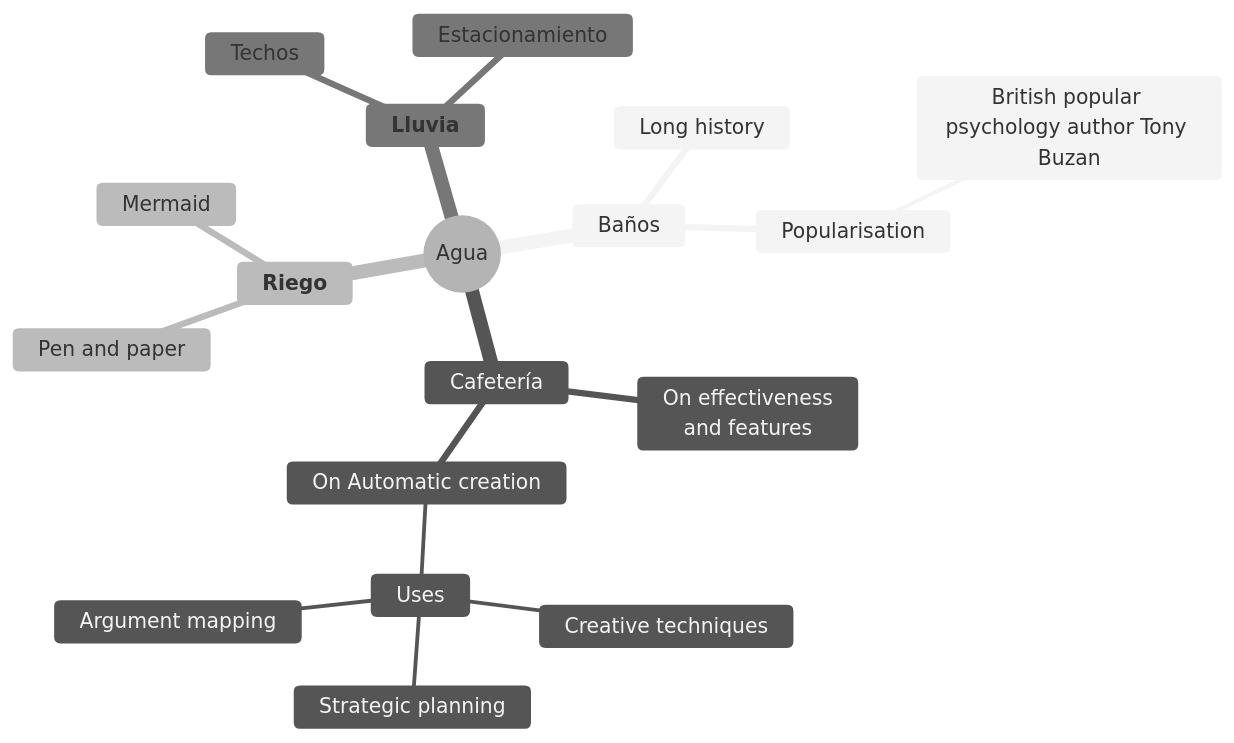
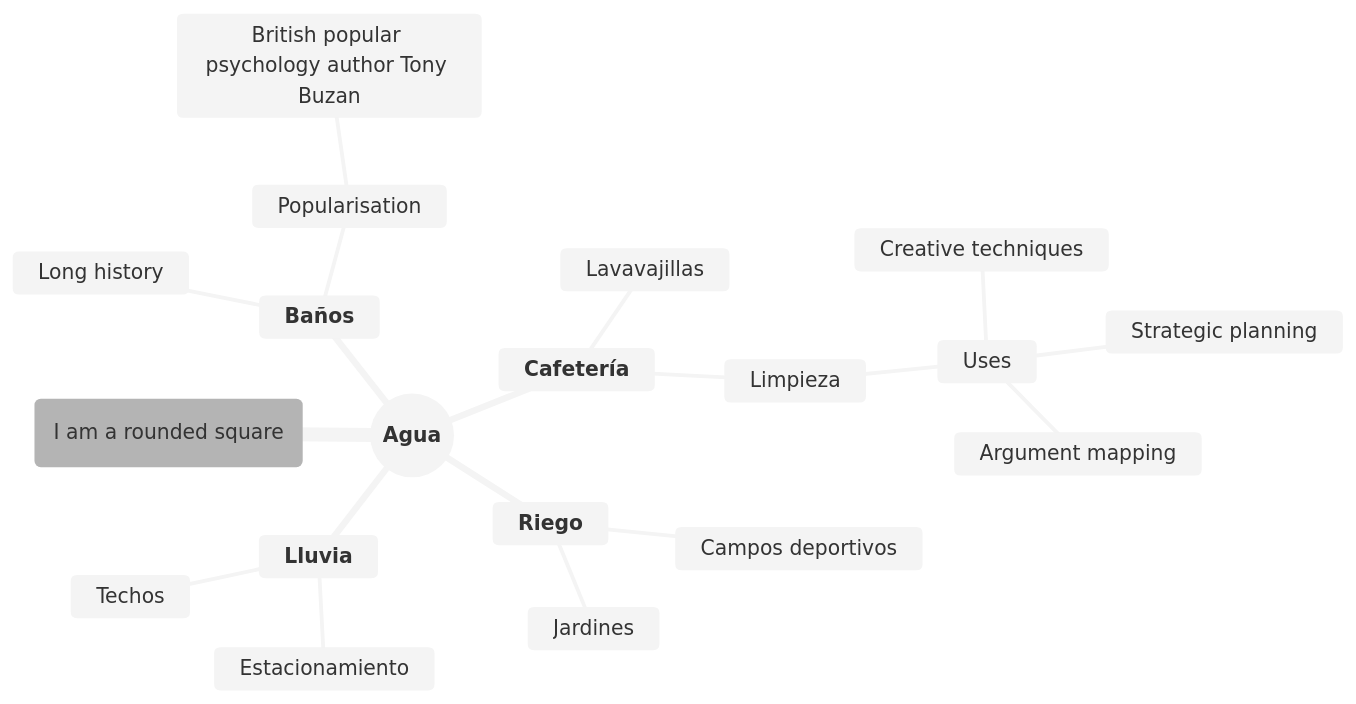
One commit to Aristarco/Pry_ingenieria changed the diagram in docs/semana1.md. Above: the diagram before and after it, drawn with Mermaid (neutral theme).

````diff
--- a/docs/semana1.md
+++ b/docs/semana1.md
@@ -22,23 +22,25 @@
 ``` mermaid
 
 mindmap
-  root((Agua))
-    Baños
+id(I am a rounded square)
+
+  root((**Agua**))
+    **Baños**
       Long history
       ::icon(fa fa-book)
       Popularisation
         British popular psychology author Tony Buzan
-    Cafetería
-      On effectiveness<br/>and features
-      On Automatic creation
+    **Cafetería**
+      Lavavajillas
+      Limpieza
         Uses
             Creative techniques
             Strategic planning
             Argument mapping
     **Riego**
-      Pen and paper
-      Mermaid
+      Jardines
+      Campos deportivos
     **Lluvia**
         Techos
         Estacionamiento
 ```
````
